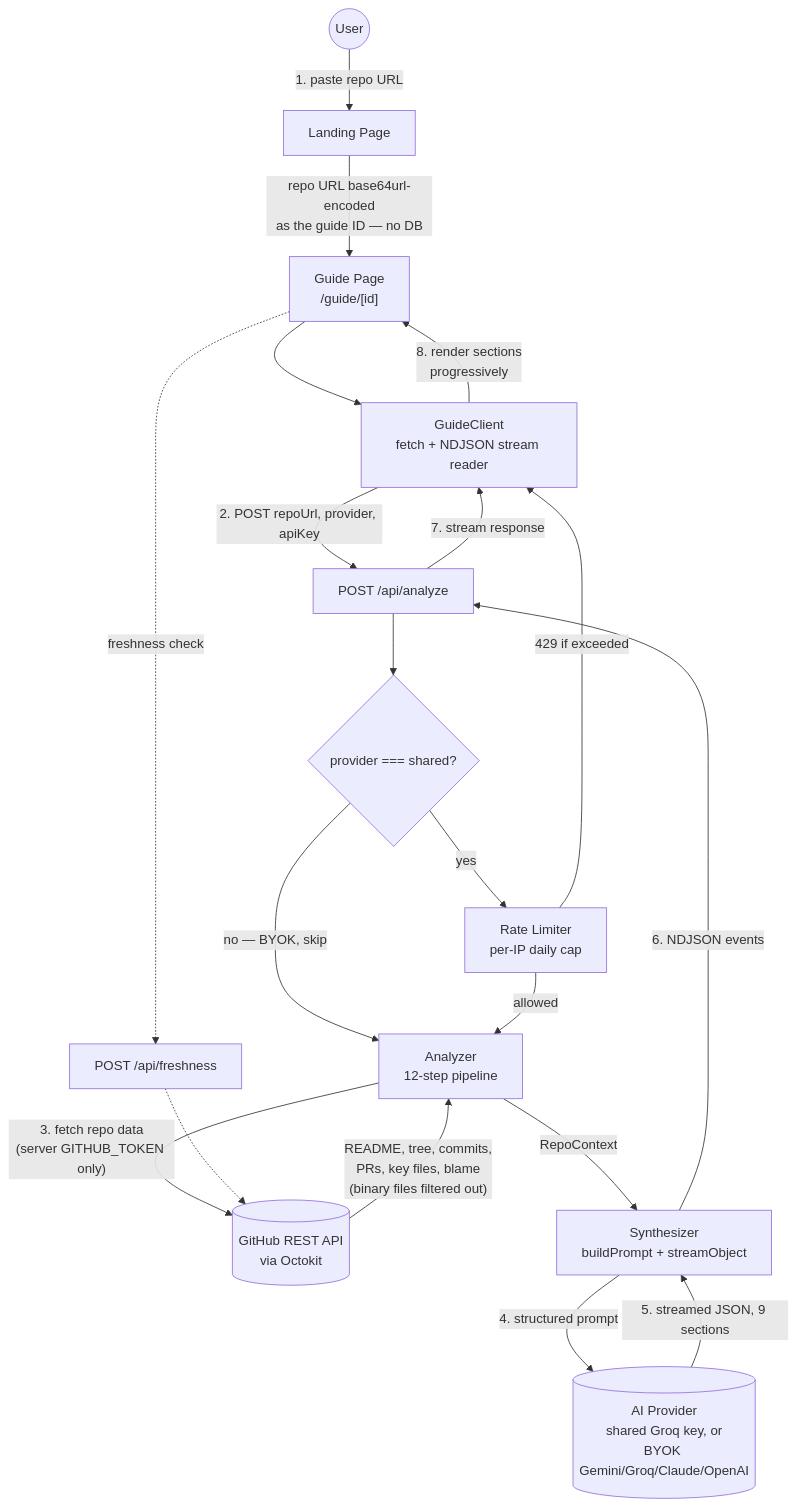
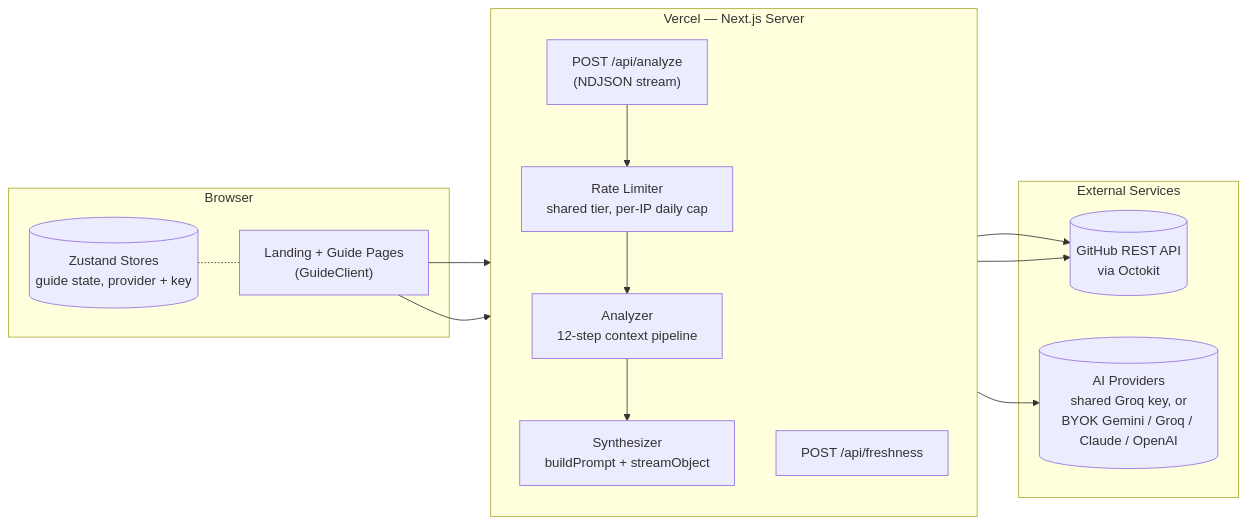
Before and after one commit to RahulSriv/meridian: the diagram in README.md, drawn with Mermaid. The commit also changed other lines of this file, not shown here.

Commit message:
Replace step-by-step flowchart with a system diagram
Three-tier box layout (Browser / Next.js Server / External Services)
instead of a numbered request-flow narrative -- reads as an
architecture overview rather than a sequence diagram.

````diff
--- a/README.md
+++ b/README.md
@@ -29,27 +29,31 @@
 ```mermaid
-flowchart TD
-    User(("User")) -->|"1. paste repo URL"| Landing["Landing Page"]
-    Landing -->|"repo URL base64url-encoded<br/>as the guide ID — no DB"| GuidePage["Guide Page<br/>/guide/[id]"]
-    GuidePage --> Client["GuideClient<br/>fetch + NDJSON stream reader"]
+flowchart LR
+    subgraph Client["Browser"]
+        UI["Landing + Guide Pages<br/>(GuideClient)"]
+        Store[("Zustand Stores<br/>guide state, provider + key")]
+    end
 
-    Client -->|"2. POST repoUrl, provider, apiKey"| Analyze["POST /api/analyze"]
+    subgraph Server["Vercel — Next.js Server"]
+        direction TB
+        Analyze["POST /api/analyze<br/>(NDJSON stream)"]
+        Fresh["POST /api/freshness"]
+        Limiter["Rate Limiter<br/>shared tier, per-IP daily cap"]
+        Pipeline["Analyzer<br/>12-step context pipeline"]
+        Synth["Synthesizer<br/>buildPrompt + streamObject"]
 
-    Analyze --> RateCheck{"provider === shared?"}
-    RateCheck -->|"yes"| Limiter["Rate Limiter<br/>per-IP daily cap"]
-    Limiter -->|"429 if exceeded"| Client
-    RateCheck -->|"no — BYOK, skip"| Pipeline
-    Limiter -->|"allowed"| Pipeline["Analyzer<br/>12-step pipeline"]
+        Analyze --> Limiter --> Pipeline --> Synth
+    end
 
-    Pipeline -->|"3. fetch repo data<br/>(server GITHUB_TOKEN only)"| GitHub[("GitHub REST API<br/>via Octokit")]
-    GitHub -->|"README, tree, commits,<br/>PRs, key files, blame<br/>(binary files filtered out)"| Pipeline
+    subgraph External["External Services"]
+        GitHub[("GitHub REST API<br/>via Octokit")]
+        AI[("AI Providers<br/>shared Groq key, or<br/>BYOK Gemini / Groq / Claude / OpenAI")]
+    end
 
-    Pipeline -->|"RepoContext"| Synth["Synthesizer<br/>buildPrompt + streamObject"]
-    Synth -->|"4. structured prompt"| AI[("AI Provider<br/>shared Groq key, or<br/>BYOK Gemini/Groq/Claude/OpenAI")]
-    AI -->|"5. streamed JSON, 9 sections"| Synth
-    Synth -->|"6. NDJSON events"| Analyze
-    Analyze -->|"7. stream response"| Client
-    Client -->|"8. render sections<br/>progressively"| GuidePage
+    UI --> Analyze
+    UI --> Fresh
+    Store -.- UI
 
-    GuidePage -.->|"freshness check"| Fresh["POST /api/freshness"]
-    Fresh -.-> GitHub
+    Pipeline --> GitHub
+    Fresh --> GitHub
+    Synth --> AI
 ```
````
